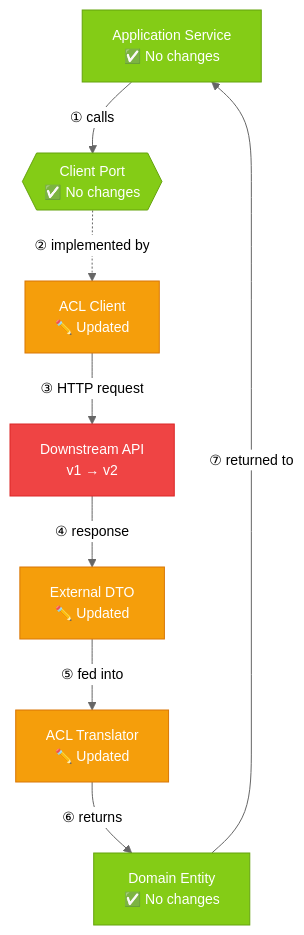
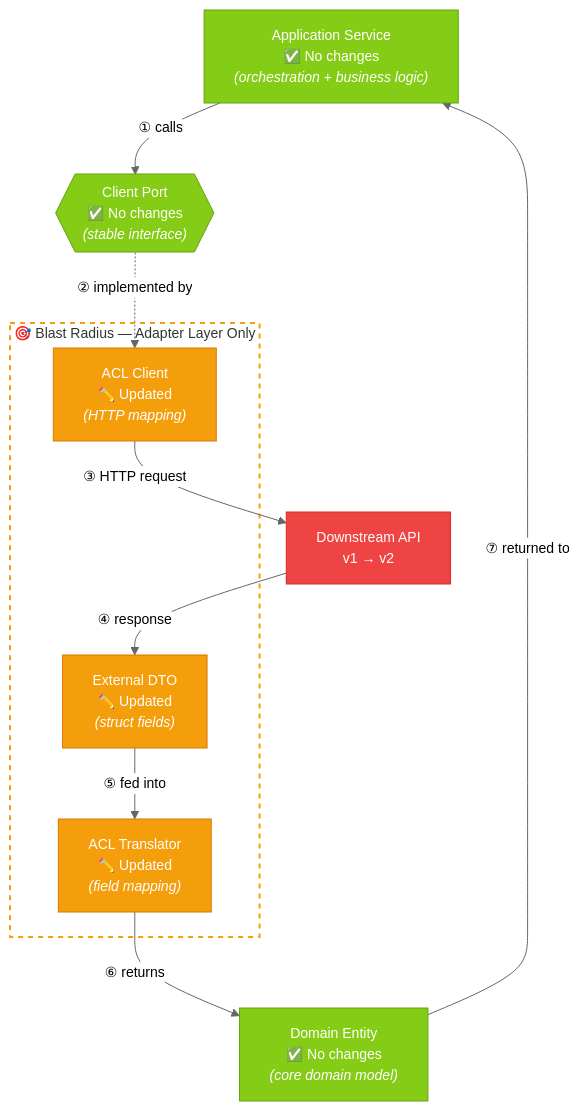
One commit to jsamuelsen11/go-service-template-v2 changed the third of 9 diagrams in docs/adr/0001-hexagonal-architecture.md. Above: the diagram before and after it, drawn with Mermaid. The commit also changed other lines of this file and 1 other file, not shown here.

First line of the commit message:
docs: update hexagonal architecture diagrams and add domain services

````diff
--- a/docs/adr/0001-hexagonal-architecture.md
+++ b/docs/adr/0001-hexagonal-architecture.md
@@ -195,27 +236,32 @@
 ```mermaid
 %%{init: {'theme': 'neutral', 'themeVariables': { 'fontSize': '14px' }}}%%
 flowchart TB
-    App["Application Service<br/>✅ No changes"]
-    Port{{"Client Port<br/>✅ No changes"}}
-    Client["ACL Client<br/>✏️ Updated"]
+    App["Application Service<br/>✅ No changes<br/><i>(orchestration + business logic)</i>"]
+    Port{{"Client Port<br/>✅ No changes<br/><i>(stable interface)</i>"}}
+    Entity["Domain Entity<br/>✅ No changes<br/><i>(core domain model)</i>"]
+
+    subgraph blast["🎯 Blast Radius — Adapter Layer Only"]
+        Client["ACL Client<br/>✏️ Updated<br/><i>(HTTP mapping)</i>"]
+        DTO["External DTO<br/>✏️ Updated<br/><i>(struct fields)</i>"]
+        Translator["ACL Translator<br/>✏️ Updated<br/><i>(field mapping)</i>"]
+    end
+
     API["Downstream API<br/>v1 → v2"]
-    DTO["External DTO<br/>✏️ Updated"]
-    Translator["ACL Translator<br/>✏️ Updated"]
-    Entity["Domain Entity<br/>✅ No changes"]
 
     App -->|"① calls"| Port
     Port -.->|"② implemented by"| Client
     Client -->|"③ HTTP request"| API
     API -->|"④ response"| DTO
     DTO -->|"⑤ fed into"| Translator
     Translator -->|"⑥ returns"| Entity
     Entity -->|"⑦ returned to"| App
 
     classDef unchanged fill:#84cc16,stroke:#65a30d,color:#fff
     classDef changed fill:#f59e0b,stroke:#d97706,color:#fff
     classDef external fill:#ef4444,stroke:#dc2626,color:#fff
 
     class App,Port,Entity unchanged
     class Client,DTO,Translator changed
     class API external
+    style blast fill:none,stroke:#f59e0b,stroke-width:2px,stroke-dasharray: 5 5
 ```
````
